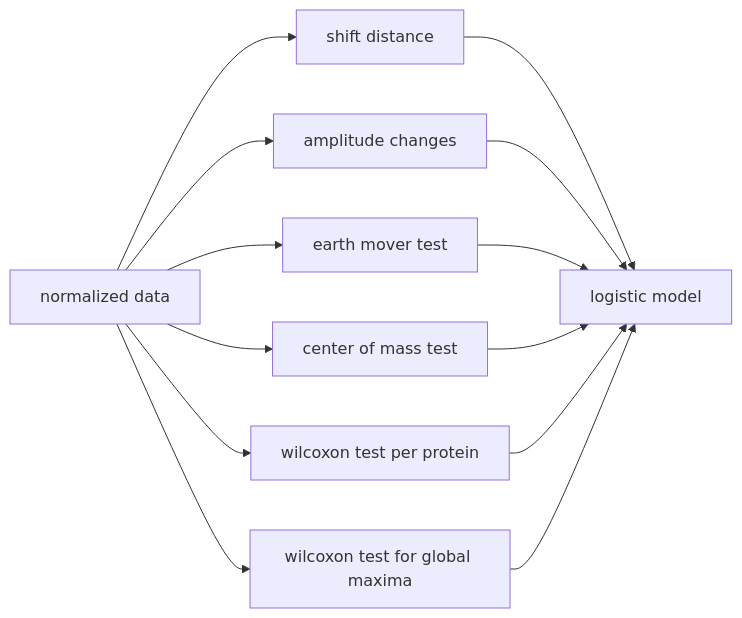
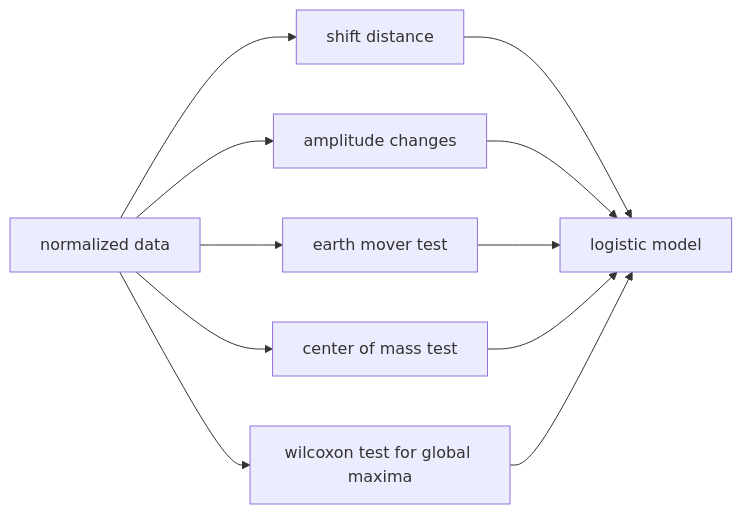
One commit to MichelaPozzi/2025-topic-03-group-04 changed the second of 3 diagrams in README.md. Above: the diagram before and after it, drawn with Mermaid. The commit also changed other lines of this file, not shown here.

````diff
--- a/README.md
+++ b/README.md
@@ -167,15 +167,13 @@
 ``` mermaid
 flowchart LR
     A[normalized data] --> B[shift distance]
     A --> C[amplitude changes]
     A --> D[earth mover test]
     A --> E[center of mass test]
-    A --> F[wilcoxon test per protein]
-    A --> G[wilcoxon test for global maxima]
-    B --> H[logistic model]
-    C --> H
-    D --> H
-    E --> H
-    F --> H
-    G --> H
+    A --> F[wilcoxon test for global maxima]
+    B --> G[logistic model]
+    C --> G
+    D --> G
+    E --> G
+    F --> G
 ```
````
